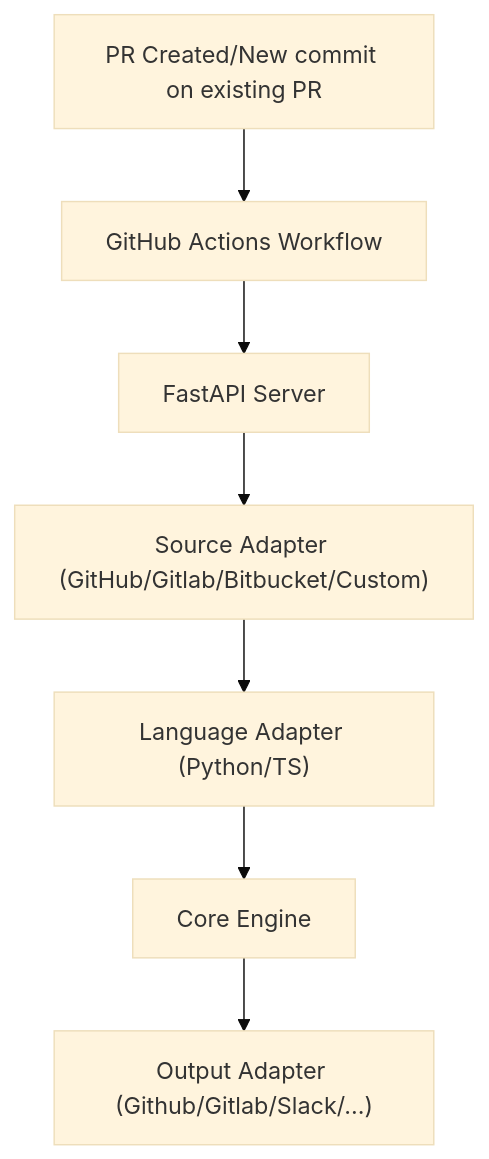
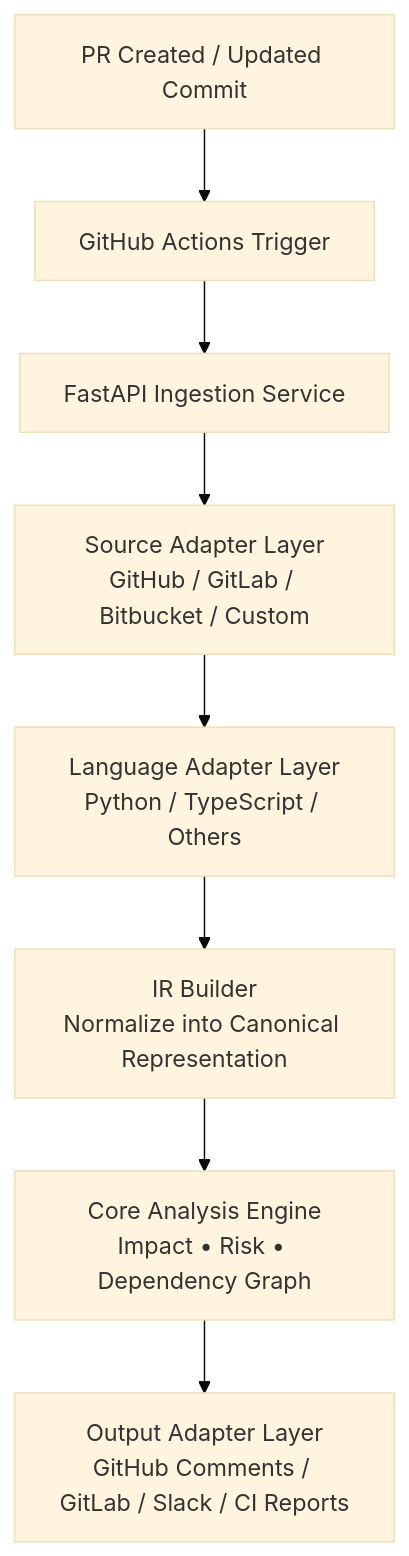
Before and after one commit to jishnusamal/cystatic-core: the diagram in architecture.md, drawn with Mermaid (base theme). The commit also changed 14 other files, not shown here.

Commit message:
Refactor analyze_pr endpoint to integrate run_pr_analysis and update AnalyzeRequest schema; remove unused code and dependencies

````diff
--- a/architecture.md
+++ b/architecture.md
@@ -5,11 +5,19 @@
 ```mermaid
 
 flowchart TD
-   A[PR Created/New commit on existing PR] --> B[GitHub Actions Workflow]
-   B --> C[FastAPI Server]
-   C --> D["Source Adapter (GitHub/Gitlab/Bitbucket/Custom)"]
-   D --> E["Language Adapter (Python/TS)"]
-   E --> F["Core Engine"]
-   F --> G["Output Adapter (Github/Gitlab/Slack/...)"]
+    A[PR Created / Updated Commit] --> B[GitHub Actions Trigger]
+
+    B --> C[FastAPI Ingestion Service]
+
+    C --> D[Source Adapter Layer<br/>GitHub / GitLab / Bitbucket / Custom]
+
+    D --> E[Language Adapter Layer<br/>Python / TypeScript / Others]
+
+    E --> F[IR Builder<br/>Normalize into Canonical Representation]
+
+    F --> G[Core Analysis Engine<br/>Impact • Risk • Dependency Graph]
+
+    G --> H[Output Adapter Layer<br/>GitHub Comments / GitLab / Slack / CI Reports]
+
 
 ```
````
